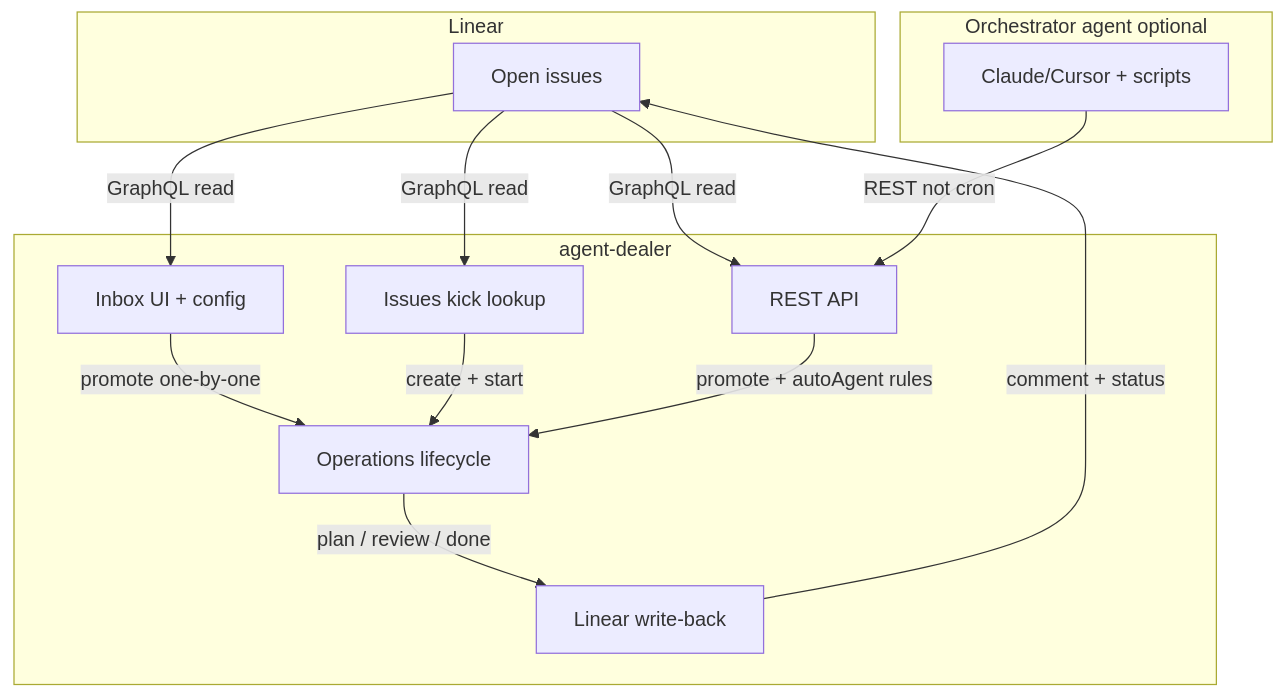
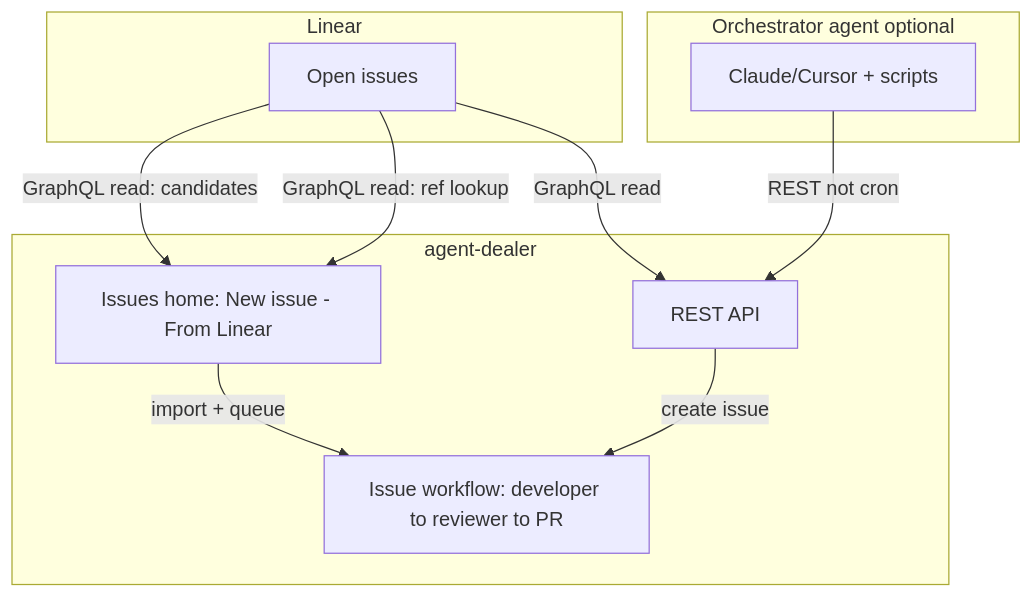
Before and after one commit to not-so-fat/agent-dealer: the diagram in docs/LINEAR_INTEGRATION.md, drawn with Mermaid. The commit also changed other lines of this file and 4 other files, not shown here.

````diff
--- a/docs/LINEAR_INTEGRATION.md
+++ b/docs/LINEAR_INTEGRATION.md
@@ -9,25 +11,20 @@
 ```mermaid
 flowchart TB
   subgraph linear [Linear]
     Issues[Open issues]
   end
   subgraph dealer [agent-dealer]
-    Inbox[Inbox UI + config]
-    Kick[Issues kick lookup]
+    NewIssue[Issues home: New issue - From Linear]
     API[REST API]
-    Ops[Operations lifecycle]
-    Sync[Linear write-back]
+    Workflow[Issue workflow: developer to reviewer to PR]
   end
   subgraph agent [Orchestrator agent optional]
     AgentCLI[Claude/Cursor + scripts]
   end
-  Issues -->|GraphQL read| Inbox
-  Issues -->|GraphQL read| Kick
+  Issues -->|GraphQL read: candidates| NewIssue
+  Issues -->|GraphQL read: ref lookup| NewIssue
   Issues -->|GraphQL read| API
-  Inbox -->|promote one-by-one| Ops
-  Kick -->|create + start| Ops
+  NewIssue -->|import + queue| Workflow
   AgentCLI -->|REST not cron| API
-  API -->|promote + autoAgent rules| Ops
-  Ops -->|plan / review / done| Sync
-  Sync -->|comment + status| Issues
+  API -->|create issue| Workflow
 ```
````
